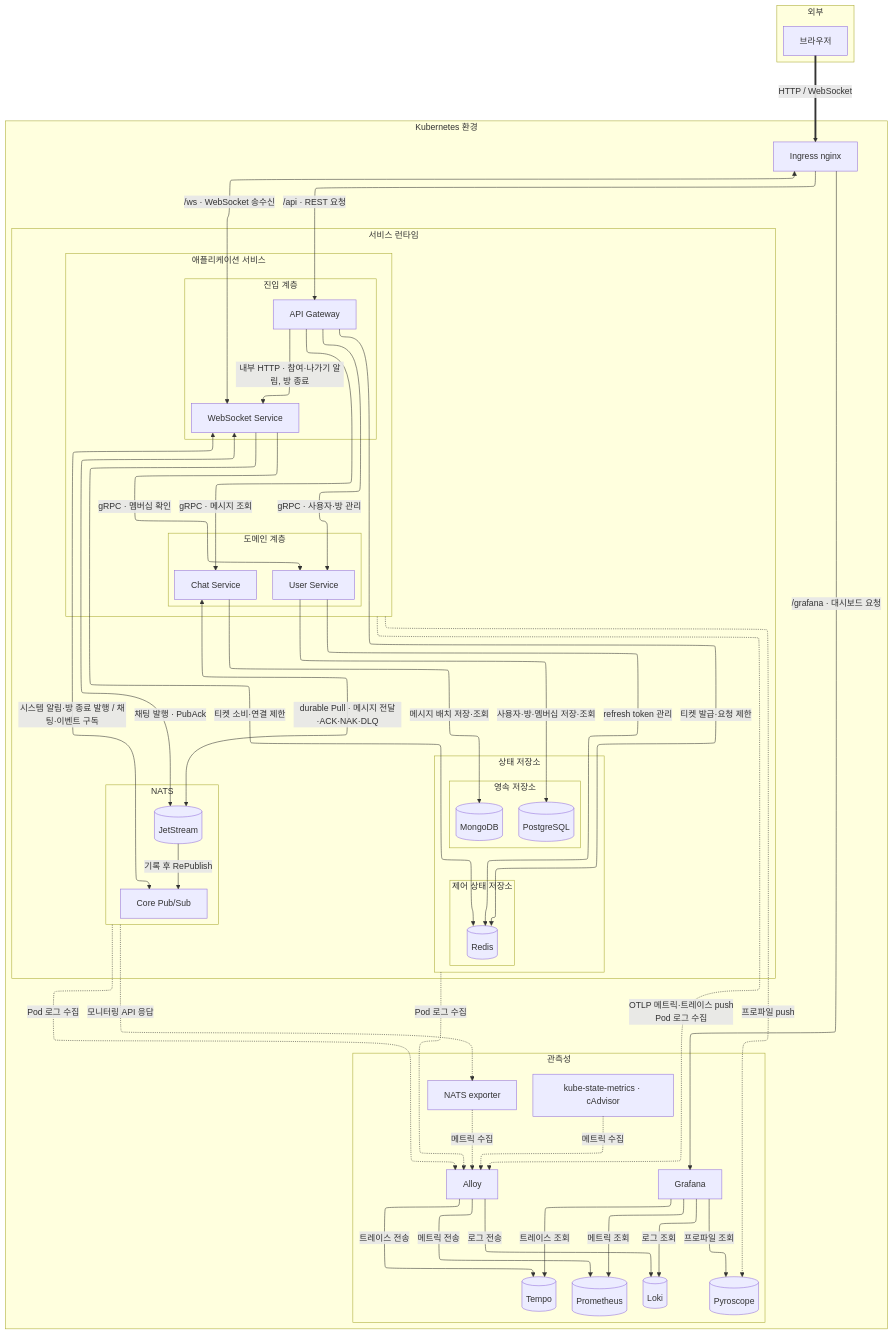
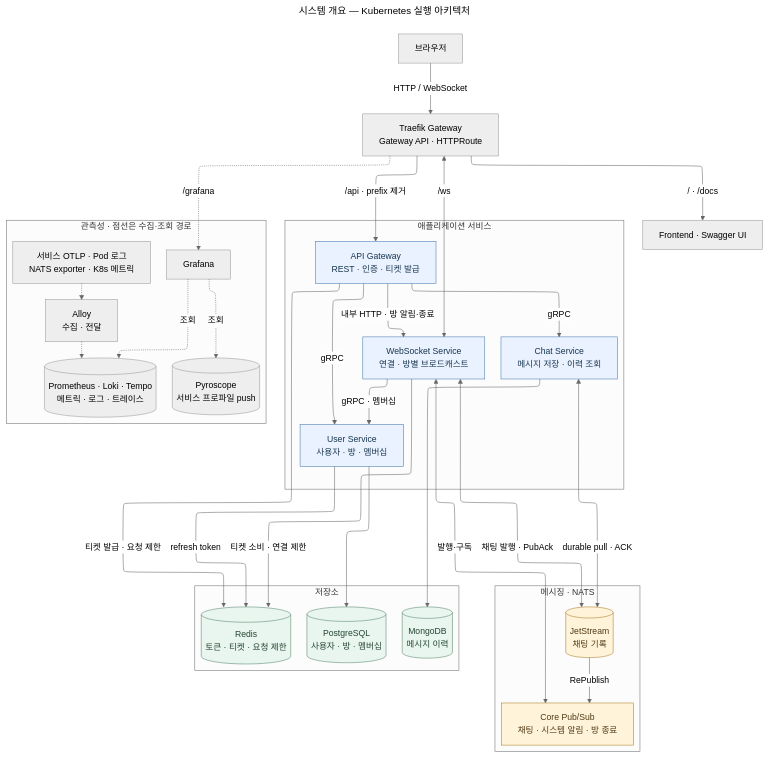
Before and after one commit to happyhun/go-chat-msa: the diagram in docs/diagrams/flow-k8s-architecture.mmd, drawn with Mermaid. The commit also changed 5 other files, not shown here.

Commit message:
docs: 다이어그램 최신화

```diff
--- a/docs/diagrams/flow-k8s-architecture.mmd
+++ b/docs/diagrams/flow-k8s-architecture.mmd
@@ -1,105 +1,64 @@
 ---
+title: 시스템 개요 — Kubernetes 실행 아키텍처
 config:
   layout: elk
+  theme: neutral
+  flowchart:
+    wrappingWidth: 240
 ---
 flowchart TB
-    subgraph External ["외부"]
-        direction LR
-        Client["브라우저"]
+    Client["브라우저"] -->|"HTTP / WebSocket"| Edge["Traefik Gateway<br/>Gateway API · HTTPRoute"]
+    Edge -->|"/ · /docs"| Web["Frontend · Swagger UI"]
+
+    subgraph Services ["애플리케이션 서비스"]
+        AGW["API Gateway<br/>REST · 인증 · 티켓 발급"]
+        WSS["WebSocket Service<br/>연결 · 방별 브로드캐스트"]
+        US["User Service<br/>사용자 · 방 · 멤버십"]
+        CS["Chat Service<br/>메시지 저장 · 이력 조회"]
+        AGW -->|"gRPC"| US
+        AGW -->|"gRPC"| CS
+        AGW -->|"내부 HTTP · 방 알림·종료"| WSS
+        WSS -->|"gRPC · 멤버십"| US
     end
+    Edge -->|"/api · prefix 제거"| AGW
+    Edge <-->|"/ws"| WSS
 
-    subgraph K8s ["Kubernetes 환경"]
-        direction TB
+    subgraph Messaging ["메시징 · NATS"]
+        JS[("JetStream<br/>채팅 기록")]
+        Core["Core Pub/Sub<br/>채팅 · 시스템 알림 · 방 종료"]
+        JS -->|"RePublish"| Core
+    end
+    WSS <-->|"채팅 발행 · PubAck"| JS
+    WSS <-->|"발행·구독"| Core
+    CS <-->|"durable pull · ACK"| JS
 
-        Ingress["Ingress nginx"]
+    subgraph State ["저장소"]
+        PG[("PostgreSQL<br/>사용자 · 방 · 멤버십")]
+        MG[("MongoDB<br/>메시지 이력")]
+        RD[("Redis<br/>토큰 · 티켓 · 요청 제한")]
+    end
+    US --> PG
+    CS --> MG
+    US -->|"refresh token"| RD
+    AGW -->|"티켓 발급 · 요청 제한"| RD
+    WSS -->|"티켓 소비 · 연결 제한"| RD
 
-        subgraph Runtime ["서비스 런타임"]
-            direction TB
+    subgraph Observability ["관측성 · 점선은 수집·조회 경로"]
+        Sources["서비스 OTLP · Pod 로그<br/>NATS exporter · K8s 메트릭"]
+        Alloy["Alloy<br/>수집 · 전달"]
+        Signals[("Prometheus · Loki · Tempo<br/>메트릭 · 로그 · 트레이스")]
+        Profiles[("Pyroscope<br/>서비스 프로파일 push")]
+        Grafana["Grafana"]
+        Sources -.-> Alloy
+        Alloy -.-> Signals
+        Grafana -. "조회" .-> Signals
+        Grafana -. "조회" .-> Profiles
+    end
+    Edge -. "/grafana" .-> Grafana
 
-            subgraph Services ["애플리케이션 서비스"]
-                direction TB
-
-                subgraph Gateway ["진입 계층"]
-                    direction LR
-                    AGW["API Gateway"]
-                    WSS["WebSocket Service"]
-                end
-
-                subgraph Domain ["도메인 계층"]
-                    direction LR
-                    US["User Service"]
-                    CS["Chat Service"]
-                end
-            end
-
-            subgraph NATS ["NATS"]
-                direction TB
-                Core["Core Pub/Sub"]
-                JS[("JetStream")]
-            end
-
-            subgraph State ["상태 저장소"]
-                direction LR
-
-                subgraph Data ["영속 저장소"]
-                    direction LR
-                    PG[("PostgreSQL")]
-                    MG[("MongoDB")]
-                end
-
-                subgraph Control ["제어 상태 저장소"]
-                    direction LR
-                    RD[("Redis")]
-                end
-            end
-        end
-
-        subgraph Observability ["관측성"]
-            direction LR
-            Alloy["Alloy"]
-            NATSExporter["NATS exporter"]
-            K8sMetrics["kube-state-metrics · cAdvisor"]
-            Prometheus[("Prometheus")]
-            Loki[("Loki")]
-            Tempo[("Tempo")]
-            Pyroscope[("Pyroscope")]
-            Grafana["Grafana"]
-        end
-    end
-
-    Client == "HTTP / WebSocket" ==> Ingress
-    Ingress -- "/api · REST 요청" --> AGW
-    Ingress <-->|"/ws · WebSocket 송수신"| WSS
-    Ingress -- "/grafana · 대시보드 요청" --> Grafana
-
-    AGW -- "gRPC · 사용자·방 관리" --> US
-    AGW -- "gRPC · 메시지 조회" --> CS
-    AGW -- "내부 HTTP · 참여·나가기 알림, 방 종료" --> WSS
-    WSS -- "gRPC · 멤버십 확인" --> US
-
-    WSS <-->|"채팅 발행 · PubAck"| JS
-    JS -- "기록 후 RePublish" --> Core
-    WSS <-->|"시스템 알림·방 종료 발행 / 채팅·이벤트 구독"| Core
-    CS <-->|"durable Pull · 메시지 전달·ACK·NAK·DLQ"| JS
-
-    US -- "사용자·방·멤버십 저장·조회" --> PG
-    US -- "refresh token 관리" --> RD
-    CS -- "메시지 배치 저장·조회" --> MG
-    AGW -- "티켓 발급·요청 제한" --> RD
-    WSS -- "티켓 소비·연결 제한" --> RD
-    MG ~~~ RD
-
-    Services -. "OTLP 메트릭·트레이스 push<br/>Pod 로그 수집" .-> Alloy
-    State -. "Pod 로그 수집" .-> Alloy
-    NATS -. "Pod 로그 수집" .-> Alloy
-    Services -. "프로파일 push" .-> Pyroscope
-    NATS -. "모니터링 API 응답" .-> NATSExporter
-    NATSExporter -. "메트릭 수집" .-> Alloy
-    K8sMetrics -. "메트릭 수집" .-> Alloy
-    Alloy -- "메트릭 전송" --> Prometheus
-    Alloy -- "로그 전송" --> Loki
-    Alloy -- "트레이스 전송" --> Tempo
-    Grafana -- "메트릭 조회" --> Prometheus
-    Grafana -- "로그 조회" --> Loki
-    Grafana -- "트레이스 조회" --> Tempo
-    Grafana -- "프로파일 조회" --> Pyroscope
+    classDef service fill:#eaf2ff,stroke:#4778ad,color:#183650
+    classDef messaging fill:#fff3da,stroke:#aa7b26,color:#513b16
+    classDef storage fill:#e9f5ef,stroke:#56866c,color:#244633
+    class AGW,WSS,US,CS service
+    class JS,Core messaging
+    class PG,MG,RD storage
```
